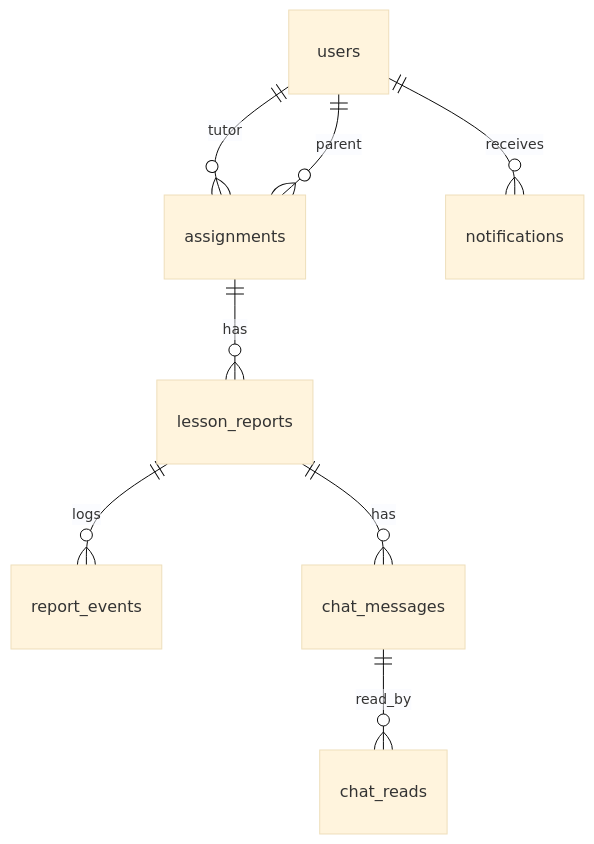
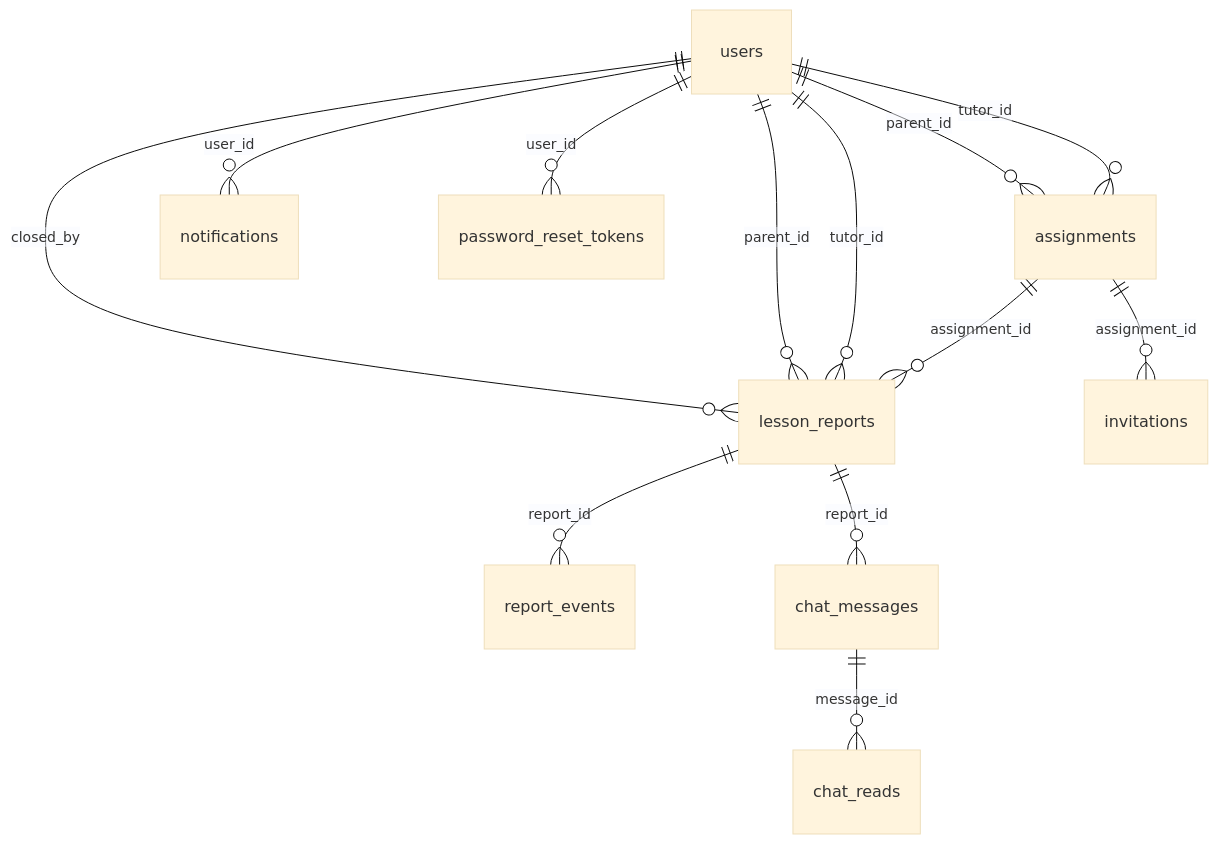
Before and after one commit to ai-innovation-dept/tutor-report-system: the diagram in docs/DATA_MODEL.md, drawn with Mermaid (base theme). The commit also changed other lines of this file and 1 other file, not shown here.

````diff
--- a/docs/DATA_MODEL.md
+++ b/docs/DATA_MODEL.md
@@ -3,10 +5,15 @@
 ```mermaid
 erDiagram
-  users ||--o{ assignments : tutor
-  users ||--o{ assignments : parent
-  assignments ||--o{ lesson_reports : has
-  lesson_reports ||--o{ report_events : logs
-  lesson_reports ||--o{ chat_messages : has
-  chat_messages ||--o{ chat_reads : read_by
-  users ||--o{ notifications : receives
+  users ||--o{ assignments : "tutor_id"
+  users ||--o{ assignments : "parent_id"
+  assignments ||--o{ lesson_reports : "assignment_id"
+  users ||--o{ lesson_reports : "tutor_id"
+  users ||--o{ lesson_reports : "parent_id"
+  users ||--o{ lesson_reports : "closed_by"
+  lesson_reports ||--o{ report_events : "report_id"
+  lesson_reports ||--o{ chat_messages : "report_id"
+  chat_messages ||--o{ chat_reads : "message_id"
+  users ||--o{ notifications : "user_id"
+  assignments ||--o{ invitations : "assignment_id"
+  users ||--o{ password_reset_tokens : "user_id"
 ```
````
